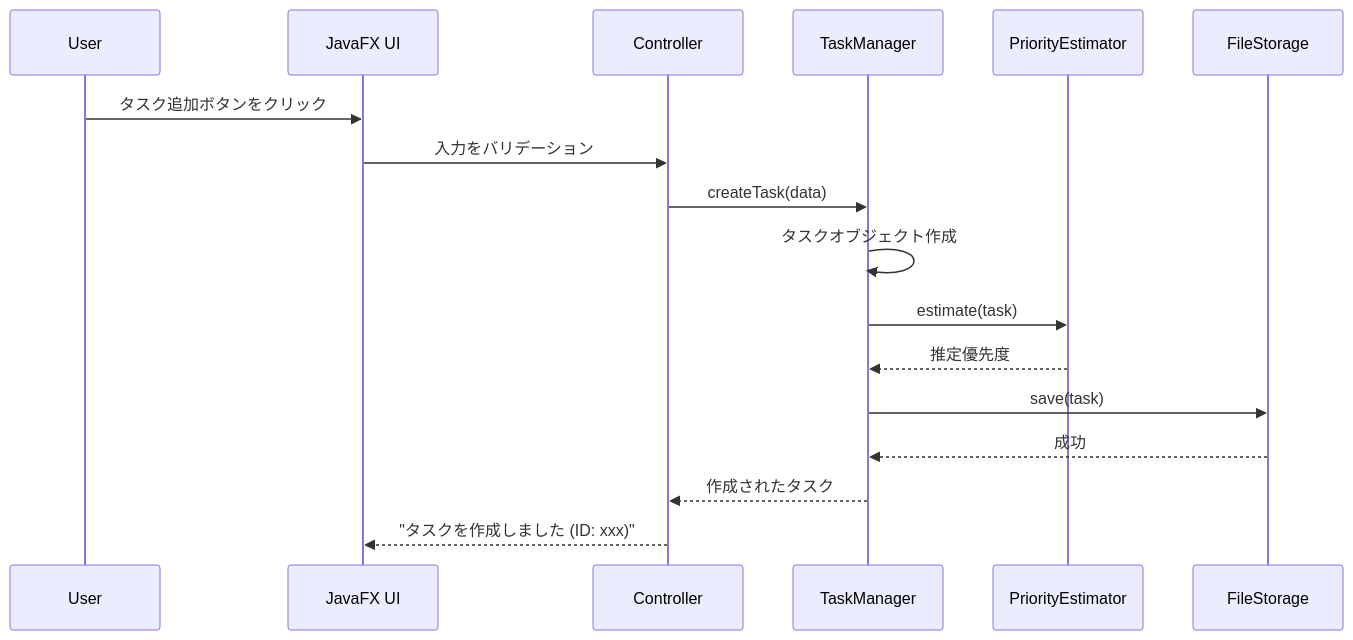
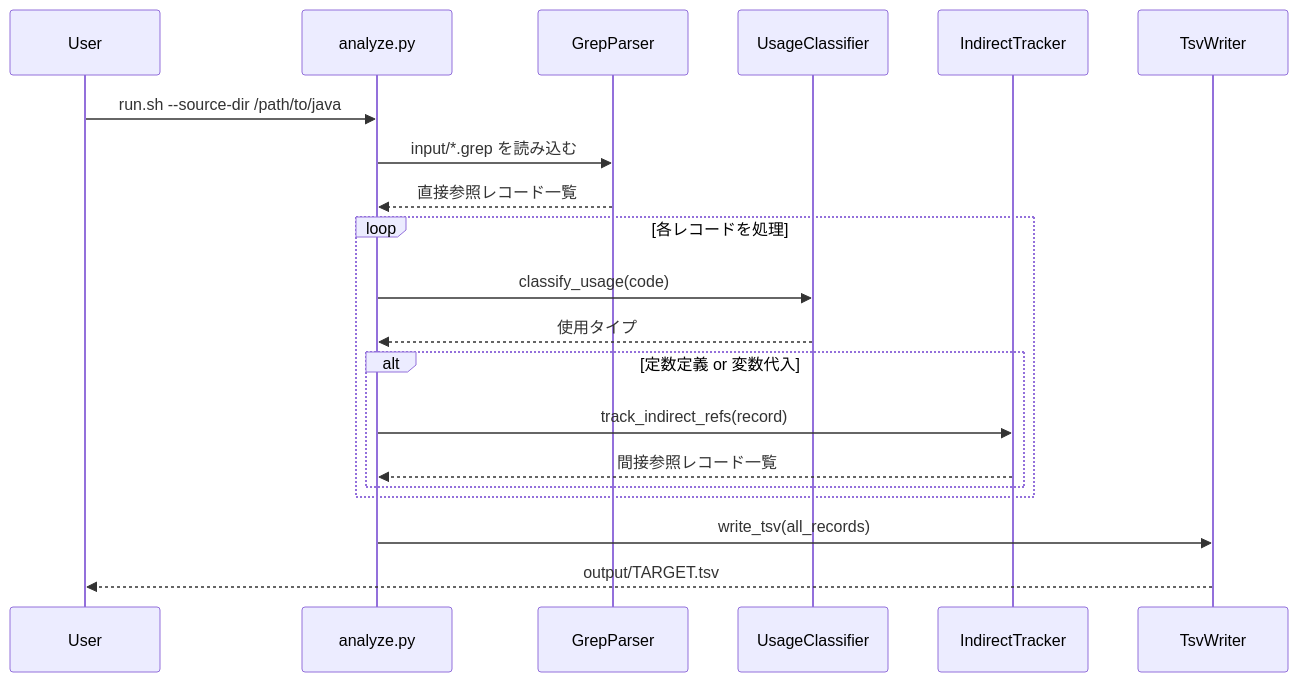
Before and after one commit to AkiraIsozaki/grep_helper: the fourth of 4 diagrams in .claude/skills/functional-design/guide.md, drawn with Mermaid. The commit also changed other lines of this file and 33 other files, not shown here.

````diff
--- a/.claude/skills/functional-design/guide.md
+++ b/.claude/skills/functional-design/guide.md
@@ -374,20 +264,23 @@
 ```mermaid
 sequenceDiagram
     participant User
-    participant UI as JavaFX UI
-    participant Controller
-    participant TaskManager
-    participant PriorityEstimator
-    participant FileStorage
+    participant CLI as analyze.py
+    participant Parser as GrepParser
+    participant Classifier as UsageClassifier
+    participant Tracker as IndirectTracker
+    participant Writer as TsvWriter
 
-    User->>UI: タスク追加ボタンをクリック
-    UI->>Controller: 入力をバリデーション
-    Controller->>TaskManager: createTask(data)
-    TaskManager->>TaskManager: タスクオブジェクト作成
-    TaskManager->>PriorityEstimator: estimate(task)
-    PriorityEstimator-->>TaskManager: 推定優先度
-    TaskManager->>FileStorage: save(task)
-    FileStorage-->>TaskManager: 成功
-    TaskManager-->>Controller: 作成されたタスク
-    Controller-->>UI: "タスクを作成しました (ID: xxx)"
+    User->>CLI: run.sh --source-dir /path/to/java
+    CLI->>Parser: input/*.grep を読み込む
+    Parser-->>CLI: 直接参照レコード一覧
+    loop 各レコードを処理
+        CLI->>Classifier: classify_usage(code)
+        Classifier-->>CLI: 使用タイプ
+        alt 定数定義 or 変数代入
+            CLI->>Tracker: track_indirect_refs(record)
+            Tracker-->>CLI: 間接参照レコード一覧
+        end
+    end
+    CLI->>Writer: write_tsv(all_records)
+    Writer-->>User: output/TARGET.tsv
 ```
````
